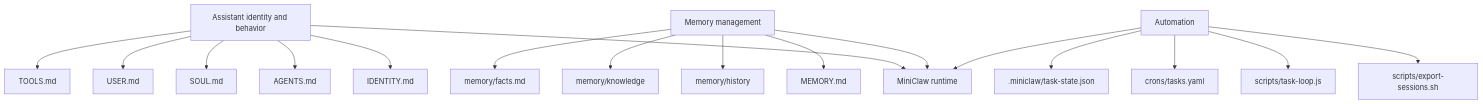
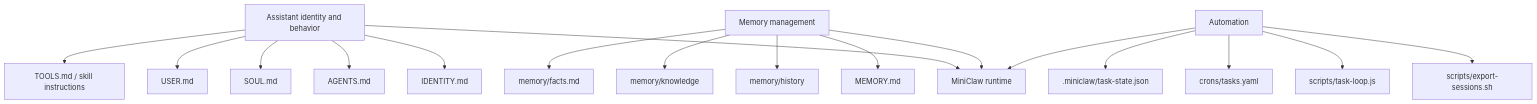
One commit to vii33/CodebaseExlorer changed the diagram in examples/diagrams/miniclaw-architecture.mmd. Above: the diagram before and after it, drawn with Mermaid. The commit also changed 1 other file, not shown here.

Commit message:
Document skill instructions in example
Agent-Logs-Url: https://github.com/vii33/CodebaseExlorer/sessions/5eed0f5c-4085-4093-b24e-5dbadd9ab889

```diff
--- a/examples/diagrams/miniclaw-architecture.mmd
+++ b/examples/diagrams/miniclaw-architecture.mmd
@@ -1,20 +1,20 @@
 flowchart TD
     A[Assistant identity and behavior] --> B[MiniClaw runtime]
     C[Memory management] --> B
     D[Automation] --> B
 
     A --> A1[IDENTITY.md]
     A --> A2[AGENTS.md]
     A --> A3[SOUL.md]
     A --> A4[USER.md]
-    A --> A5[TOOLS.md]
+    A --> A5[TOOLS.md / skill instructions]
 
     C --> C1[MEMORY.md]
     C --> C2[memory/history]
     C --> C3[memory/knowledge]
     C --> C4[memory/facts.md]
 
     D --> D1[scripts/export-sessions.sh]
     D --> D2[scripts/task-loop.js]
     D --> D3[crons/tasks.yaml]
     D --> D4[.miniclaw/task-state.json]
```
